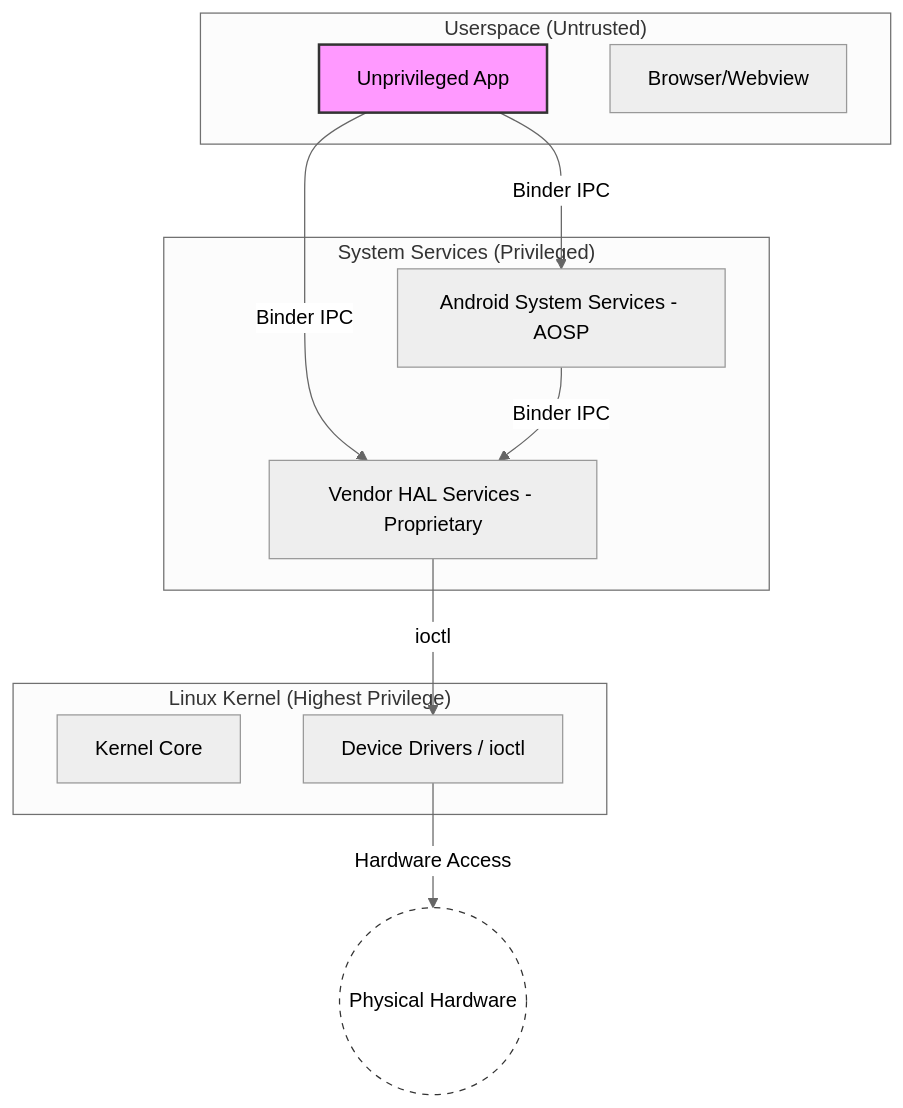
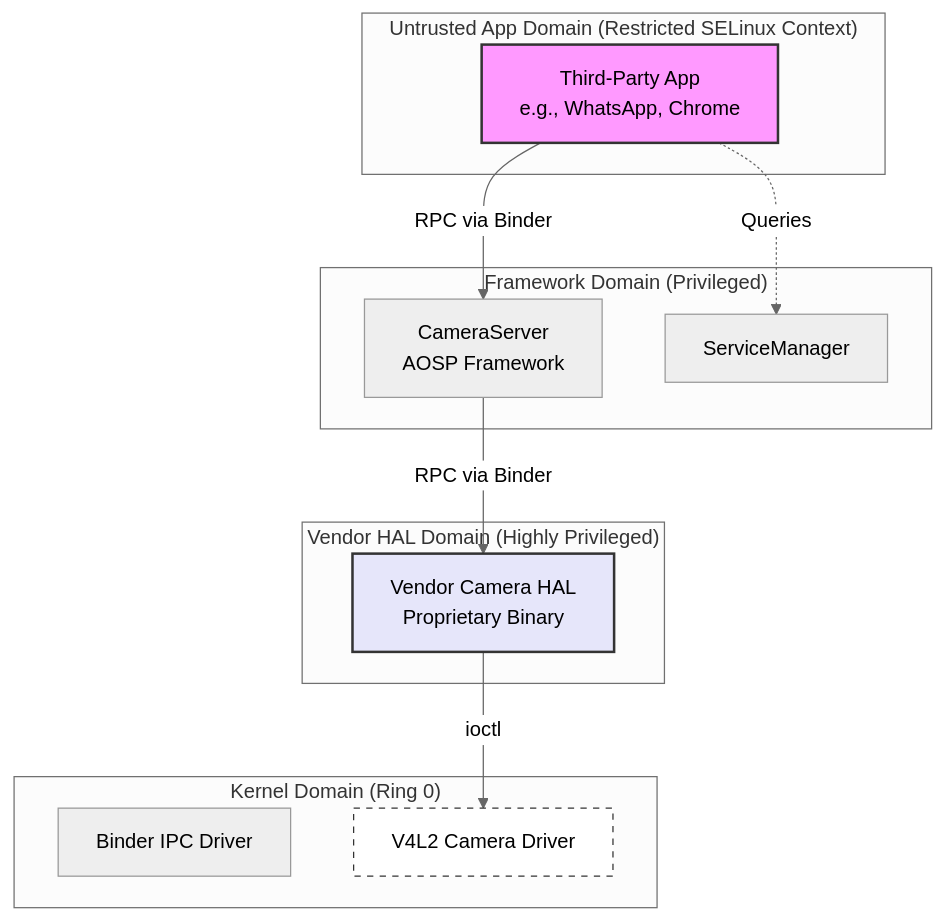
The diagram in thesis/02_background.md (yuval092/seminar-20954), drawn with Mermaid (neutral theme) before and after one commit. The commit also changed other lines of this file and 8 other files, not shown here.

````diff
--- a/thesis/02_background.md
+++ b/thesis/02_background.md
@@ -23,26 +28,29 @@
 ```mermaid
 graph TD
-    subgraph "Userspace (Untrusted)"
-        App[Unprivileged App]
-        Browser[Browser/Webview]
+    subgraph "Untrusted App Domain (Restricted SELinux Context)"
+        App[Third-Party App<br>e.g., WhatsApp, Chrome]
     end
 
-    subgraph "System Services (Privileged)"
-        AS[Android System Services - AOSP]
-        HAL[Vendor HAL Services - Proprietary]
+    subgraph "Framework Domain (Privileged)"
+        CS[CameraServer<br>AOSP Framework]
+        SM[ServiceManager]
     end
 
-    subgraph "Linux Kernel (Highest Privilege)"
-        Core[Kernel Core]
-        Drivers[Device Drivers / ioctl]
+    subgraph "Vendor HAL Domain (Highly Privileged)"
+        HAL[Vendor Camera HAL<br>Proprietary Binary]
     end
 
-    App -->|Binder IPC| AS
-    App -->|Binder IPC| HAL
-    AS -->|Binder IPC| HAL
-    HAL -->|ioctl| Drivers
-    Drivers -->|Hardware Access| Hardware((Physical Hardware))
+    subgraph "Kernel Domain (Ring 0)"
+        Binder[Binder IPC Driver]
+        V4L2[V4L2 Camera Driver]
+    end
 
+    App -->|RPC via Binder| CS
+    App -.->|Queries| SM
+    CS -->|RPC via Binder| HAL
+    HAL -->|ioctl| V4L2
+    
     style App fill:#f9f,stroke:#333,stroke-width:2px
-    style Hardware fill:#fff,stroke:#333,stroke-dasharray: 5 5
+    style V4L2 fill:#fff,stroke:#333,stroke-dasharray: 5 5
+    style HAL fill:#e6e6fa,stroke:#333,stroke-width:2px
 ```
````
